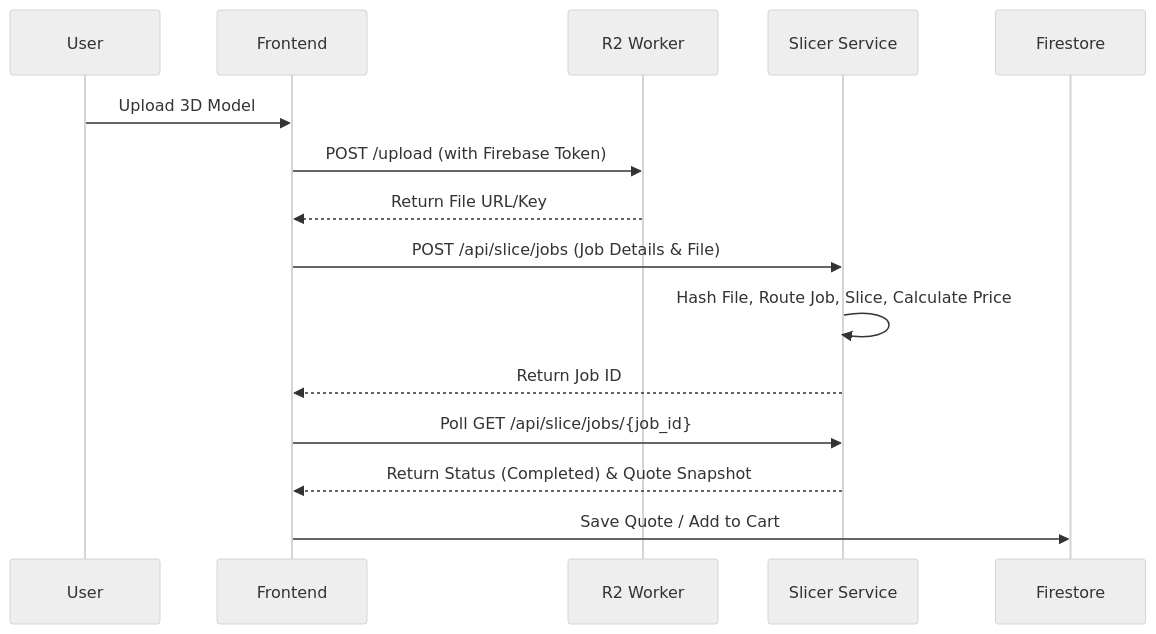
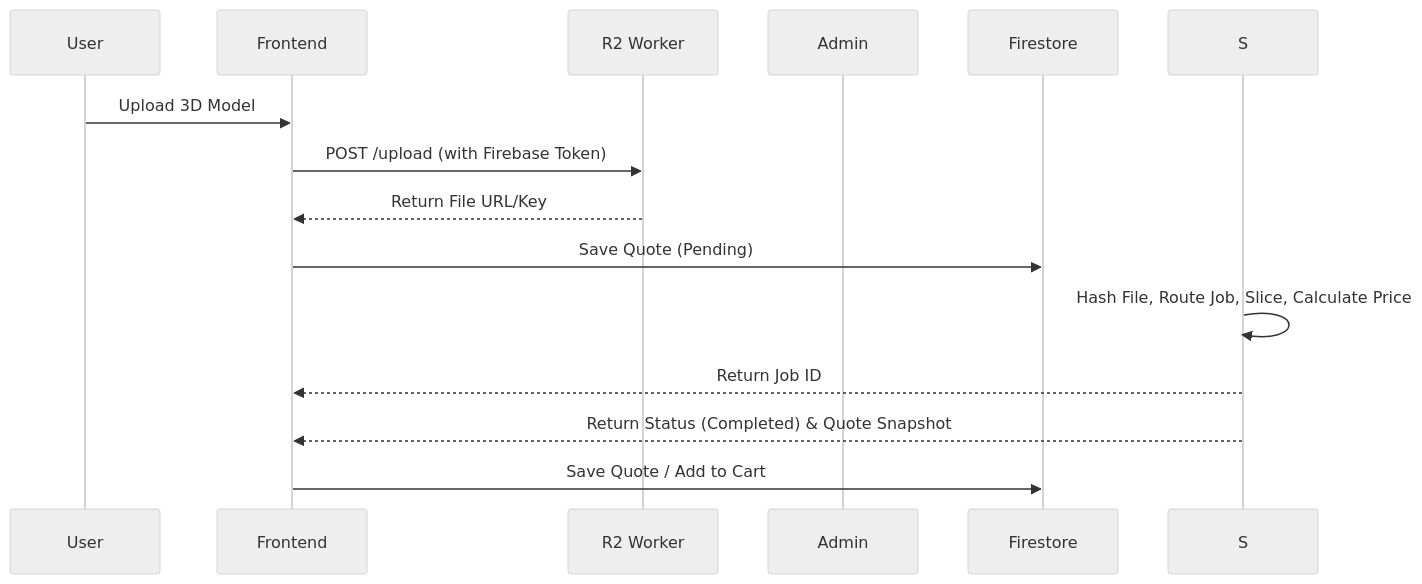
Before and after one commit to RatanabhSharma/Shilpsahayak: the second of 2 diagrams in docs/ARCHITECTURE.md, drawn with Mermaid (neutral theme). The commit also changed other lines of this file and 167 other files, not shown here.

````diff
--- a/docs/ARCHITECTURE.md
+++ b/docs/ARCHITECTURE.md
@@ -63,18 +57,17 @@
 ```mermaid
 sequenceDiagram
     participant U as User
     participant F as Frontend
     participant W as R2 Worker
-    participant S as Slicer Service
+    participant A as Admin
     participant DB as Firestore
     
     U->>F: Upload 3D Model
     F->>W: POST /upload (with Firebase Token)
     W-->>F: Return File URL/Key
-    F->>S: POST /api/slice/jobs (Job Details & File)
+    F->>DB: Save Quote (Pending)
     S->>S: Hash File, Route Job, Slice, Calculate Price
     S-->>F: Return Job ID
-    F->>S: Poll GET /api/slice/jobs/{job_id}
     S-->>F: Return Status (Completed) & Quote Snapshot
     F->>DB: Save Quote / Add to Cart
 ```
````
